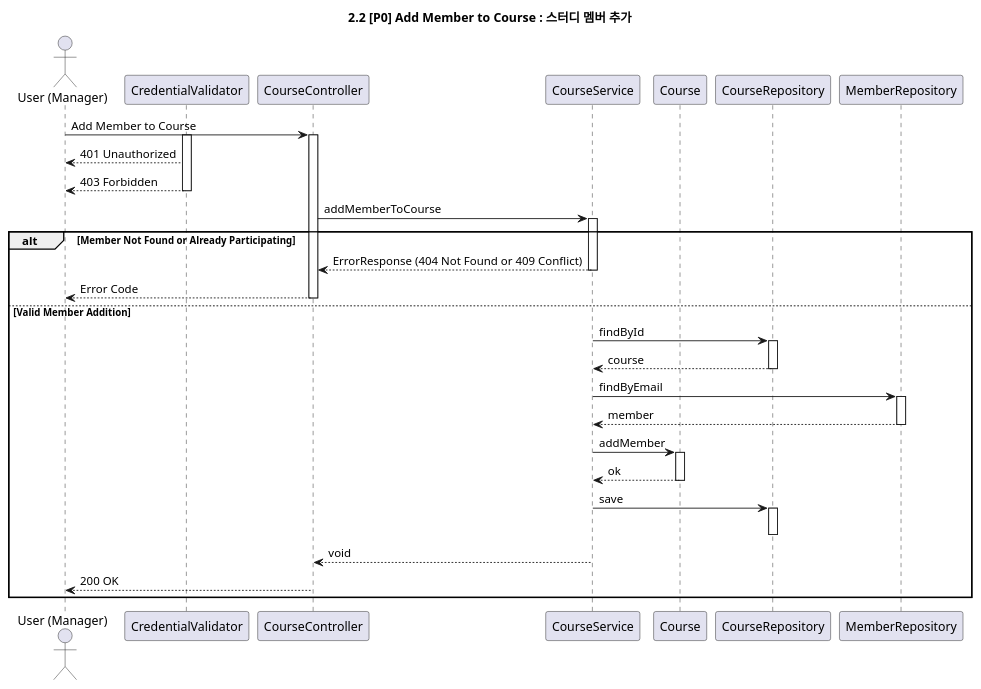
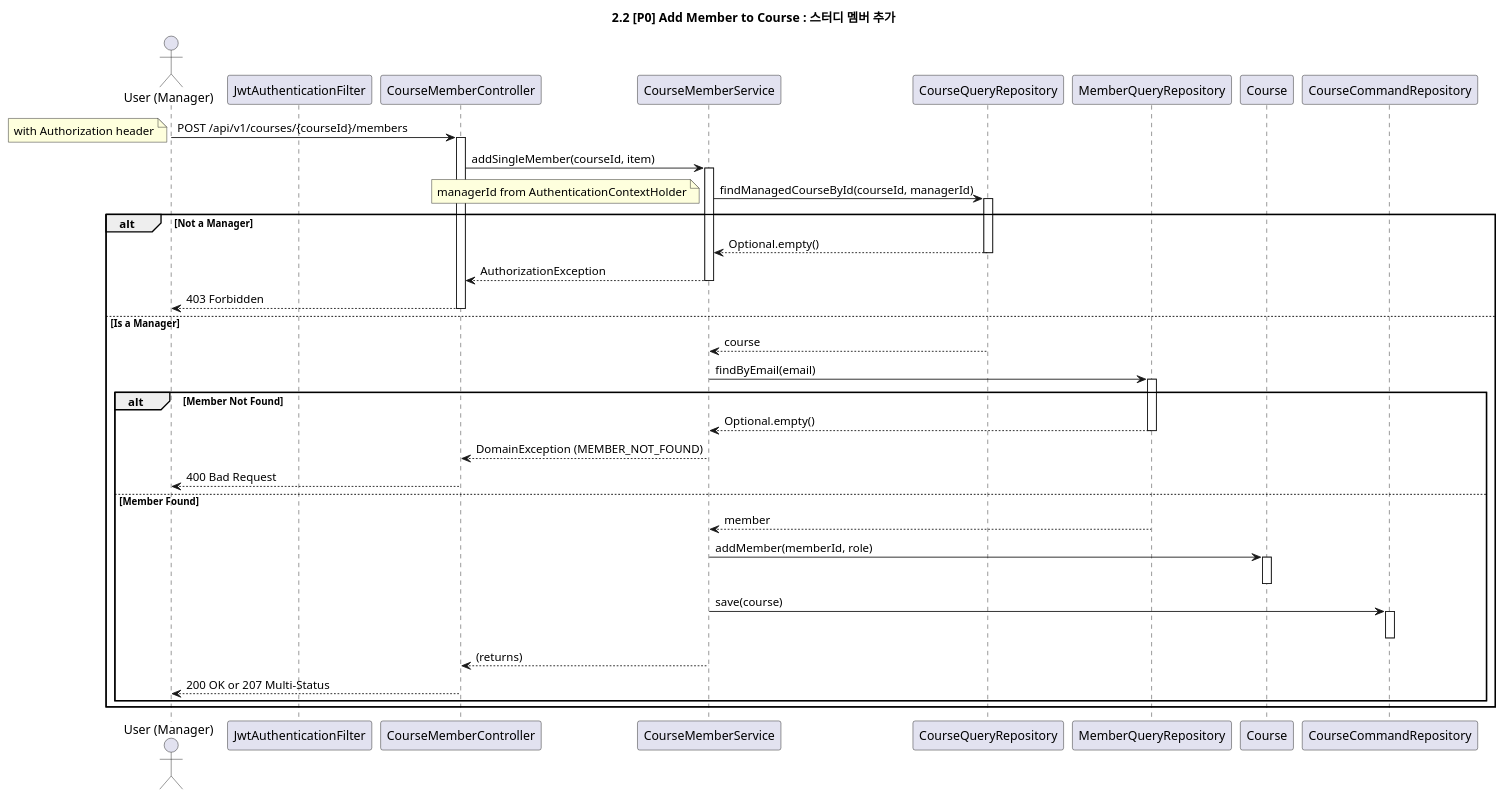
The diagram in docs/sequences/2.2_add_member_to_course.puml (f-lab-edu/learning-manager), drawn with PlantUML before and after one commit. The commit also changed 49 other files, not shown here.

```diff
--- a/docs/sequences/2.2_add_member_to_course.puml
+++ b/docs/sequences/2.2_add_member_to_course.puml
@@ -1,56 +1,64 @@
 @startuml
 
 title 2.2 [P0] Add Member to Course : 스터디 멤버 추가
 
 actor "User (Manager)" as User
-participant "CredentialValidator" as Validator
-participant "CourseController" as Controller
-participant "CourseService" as AppService
+participant "JwtAuthenticationFilter" as Filter
+participant "CourseMemberController" as Controller
+participant "CourseMemberService" as AppService
+participant "CourseQueryRepository" as CourseQueryRepo
+participant "MemberQueryRepository" as MemberQueryRepo
 participant "Course" as CourseDomain
-participant "CourseRepository" as CourseRepo
-participant "MemberRepository" as MemberRepo
+participant "CourseCommandRepository" as CourseCommandRepo
 
-User -> Controller: Add Member to Course
-activate Validator
+User -> Controller: POST /api/v1/courses/{courseId}/members
+note left: with Authorization header
 activate Controller
-Validator --> User: 401 Unauthorized
-Validator --> User: 403 Forbidden
-deactivate Validator
 
-Controller -> AppService: addMemberToCourse
+Controller -> AppService: addSingleMember(courseId, item)
 activate AppService
-alt Member Not Found or Already Participating
-    AppService --> Controller: ErrorResponse (404 Not Found or 409 Conflict)
+
+AppService -> CourseQueryRepo: findManagedCourseById(courseId, managerId)
+note left: managerId from AuthenticationContextHolder
+activate CourseQueryRepo
+alt Not a Manager
+    CourseQueryRepo --> AppService: Optional.empty()
+    deactivate CourseQueryRepo
+    AppService --> Controller: AuthorizationException
     deactivate AppService
-    Controller --> User: Error Code
+    Controller --> User: 403 Forbidden
     deactivate Controller
-else Valid Member Addition
+else Is a Manager
+    CourseQueryRepo --> AppService: course
+    deactivate CourseQueryRepo
 
-AppService -> CourseRepo: findById
-activate CourseRepo
-CourseRepo --> AppService: course
-deactivate CourseRepo
+    AppService -> MemberQueryRepo: findByEmail(email)
+    activate MemberQueryRepo
+    alt Member Not Found
+        MemberQueryRepo --> AppService: Optional.empty()
+        deactivate MemberQueryRepo
+        AppService --> Controller: DomainException (MEMBER_NOT_FOUND)
+        deactivate AppService
+        Controller --> User: 400 Bad Request
+        deactivate Controller
+    else Member Found
+        MemberQueryRepo --> AppService: member
+        deactivate MemberQueryRepo
 
-AppService -> MemberRepo: findByEmail
-activate MemberRepo
-MemberRepo --> AppService: member
-deactivate MemberRepo
+        AppService -> CourseDomain: addMember(memberId, role)
+        activate CourseDomain
+        deactivate CourseDomain
 
-AppService -> CourseDomain: addMember
-activate CourseDomain
-CourseDomain --> AppService : ok
-deactivate CourseDomain
+        AppService -> CourseCommandRepo: save(course)
+        activate CourseCommandRepo
+        deactivate CourseCommandRepo
 
-AppService -> CourseRepo: save
-activate CourseRepo
-deactivate CourseRepo
+        AppService --> Controller: (returns)
+        deactivate AppService
 
-AppService --> Controller: void
-deactivate AppService
-
-Controller --> User: 200 OK
-deactivate Controller
-
+        Controller --> User: 200 OK or 207 Multi-Status
+        deactivate Controller
+    end
 end
 
 @enduml
```
